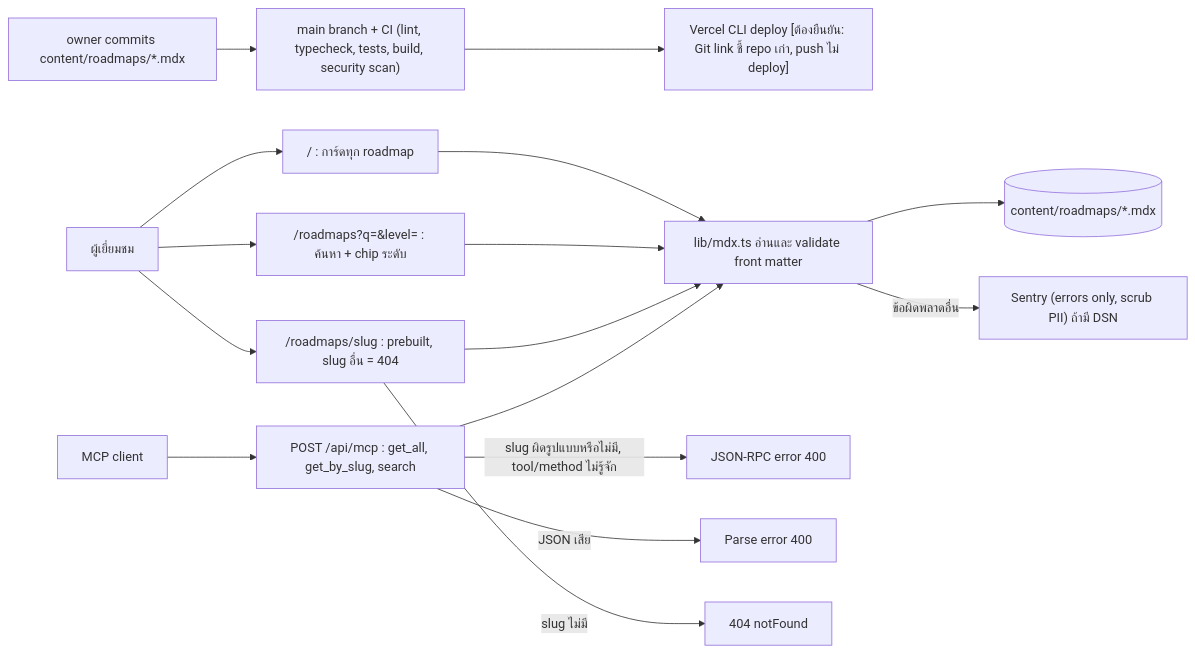
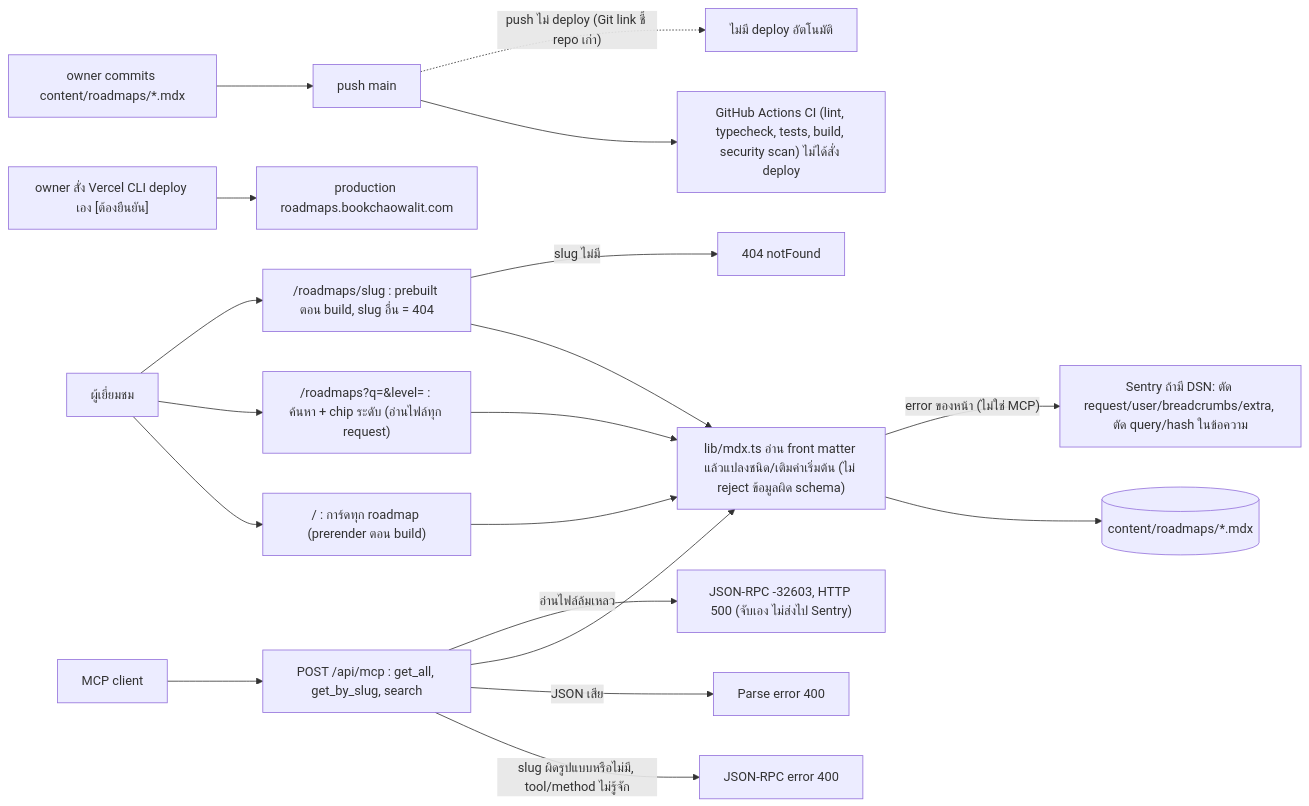
Before and after one commit to bookchaowalit-website/devtools-roadmaps-web: the first of 2 diagrams in docs/diagrams/01-business-process.md, drawn with Mermaid. The commit also changed other lines of this file, not shown here.

Commit message:
docs: correct As-Is/To-Be facts from review (01-business-process)

````diff
--- a/docs/diagrams/01-business-process.md
+++ b/docs/diagrams/01-business-process.md
@@ -9,18 +9,21 @@
 ```mermaid
 flowchart LR
-  AUTHOR["owner commits content/roadmaps/*.mdx"] --> MAIN["main branch + CI (lint, typecheck, tests, build, security scan)"]
-  MAIN --> DEPLOY["Vercel CLI deploy [ต้องยืนยัน: Git link ชี้ repo เก่า, push ไม่ deploy]"]
-  VISITOR["ผู้เยี่ยมชม"] --> HOME["/ : การ์ดทุก roadmap"]
-  VISITOR --> LIST["/roadmaps?q=&level= : ค้นหา + chip ระดับ"]
-  VISITOR --> DETAIL["/roadmaps/slug : prebuilt, slug อื่น = 404"]
-  HOME --> LOAD["lib/mdx.ts อ่านและ validate front matter"]
+  AUTHOR["owner commits content/roadmaps/*.mdx"] --> MAIN["push main"]
+  MAIN --> CI["GitHub Actions CI (lint, typecheck, tests, build, security scan) ไม่ได้สั่ง deploy"]
+  MAIN -.->|"push ไม่ deploy (Git link ชี้ repo เก่า)"| NODEPLOY["ไม่มี deploy อัตโนมัติ"]
+  OWNERCLI["owner สั่ง Vercel CLI deploy เอง [ต้องยืนยัน]"] --> PROD["production roadmaps.bookchaowalit.com"]
+  VISITOR["ผู้เยี่ยมชม"] --> HOME["/ : การ์ดทุก roadmap (prerender ตอน build)"]
+  VISITOR --> LIST["/roadmaps?q=&level= : ค้นหา + chip ระดับ (อ่านไฟล์ทุก request)"]
+  VISITOR --> DETAIL["/roadmaps/slug : prebuilt ตอน build, slug อื่น = 404"]
+  HOME --> LOAD["lib/mdx.ts อ่าน front matter แล้วแปลงชนิด/เติมค่าเริ่มต้น (ไม่ reject ข้อมูลผิด schema)"]
   LIST --> LOAD
   DETAIL --> LOAD
   LOAD --> FILES[("content/roadmaps/*.mdx")]
   AGENT["MCP client"] --> MCP["POST /api/mcp : get_all, get_by_slug, search"]
   MCP -->|"slug ผิดรูปแบบหรือไม่มี, tool/method ไม่รู้จัก"| RPCERR["JSON-RPC error 400"]
   MCP -->|"JSON เสีย"| PARSE["Parse error 400"]
   MCP --> LOAD
-  LOAD -->|"ข้อผิดพลาดอื่น"| SENTRY["Sentry (errors only, scrub PII) ถ้ามี DSN"]
+  MCP -->|"อ่านไฟล์ล้มเหลว"| E500["JSON-RPC -32603, HTTP 500 (จับเอง ไม่ส่งไป Sentry)"]
+  LOAD -->|"error ของหน้า (ไม่ใช่ MCP)"| SENTRY["Sentry ถ้ามี DSN: ตัด request/user/breadcrumbs/extra, ตัด query/hash ในข้อความ"]
   DETAIL -->|"slug ไม่มี"| NF["404 notFound"]
 ```
````
